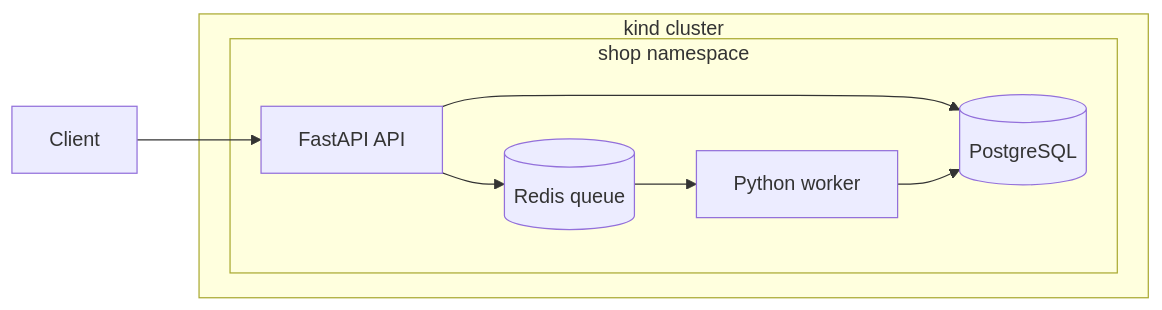
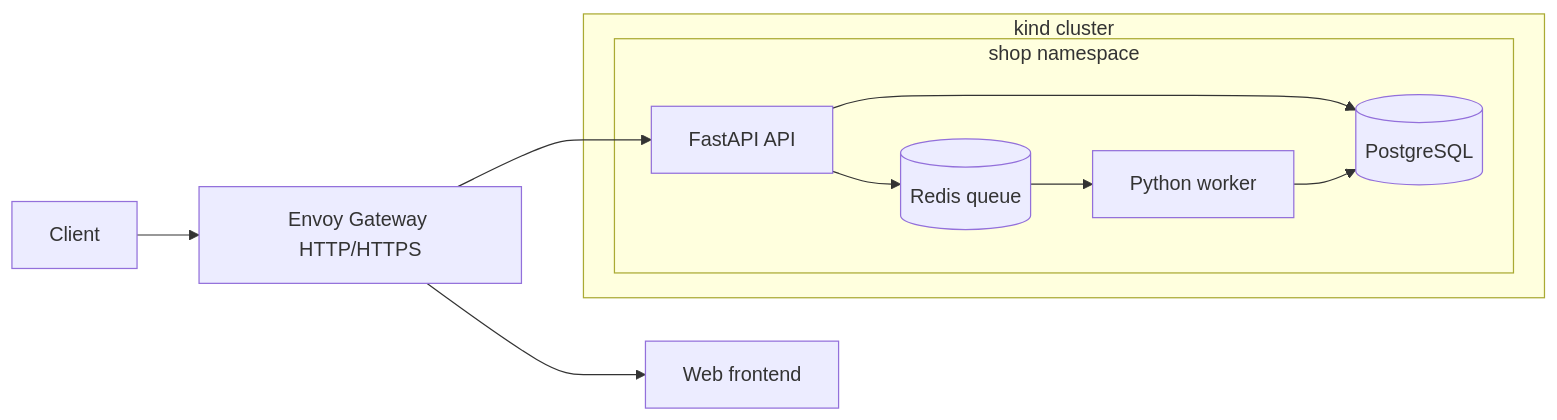
One commit to chriswayneh/kube-foundry changed the diagram in README.md. Above: the diagram before and after it, drawn with Mermaid. The commit also changed other lines of this file and 13 other files, not shown here.

Commit message:
Add Gateway API routing and local TLS

````diff
--- a/README.md
+++ b/README.md
@@ -20,17 +22,19 @@
 ```mermaid
 flowchart LR
-    Client --> API[FastAPI API]
+    Client --> Gateway[Envoy Gateway HTTP/HTTPS]
+    Gateway --> Web[Web frontend]
+    Gateway --> API[FastAPI API]
     API --> PG[(PostgreSQL)]
     API --> Redis[(Redis queue)]
     Redis --> Worker[Python worker]
     Worker --> PG
 
     subgraph kind[kind cluster]
       subgraph shop[shop namespace]
         API
         Worker
         PG
         Redis
       end
     end
 ```
````
